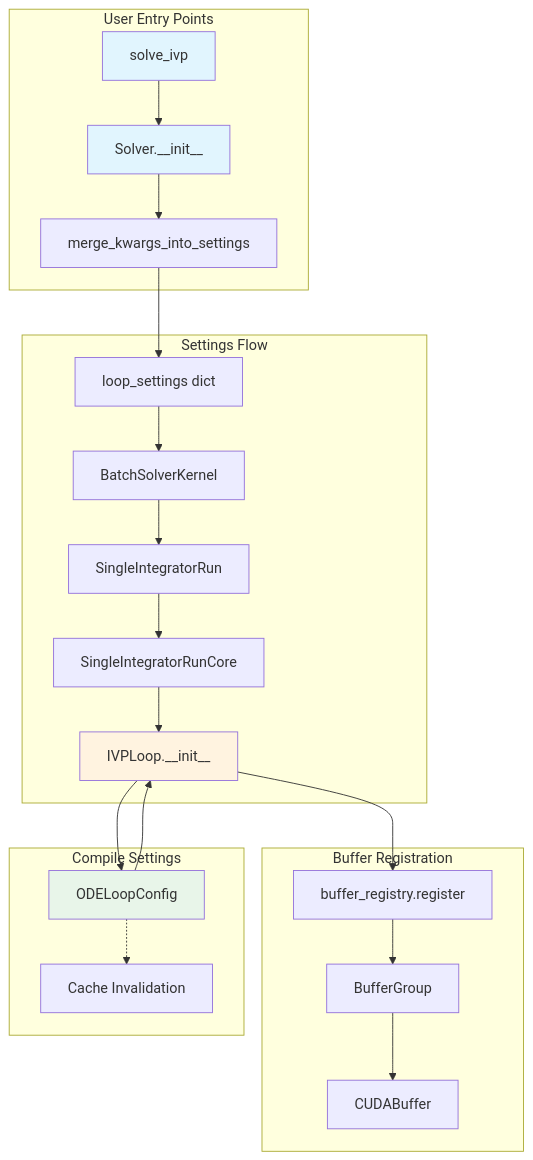
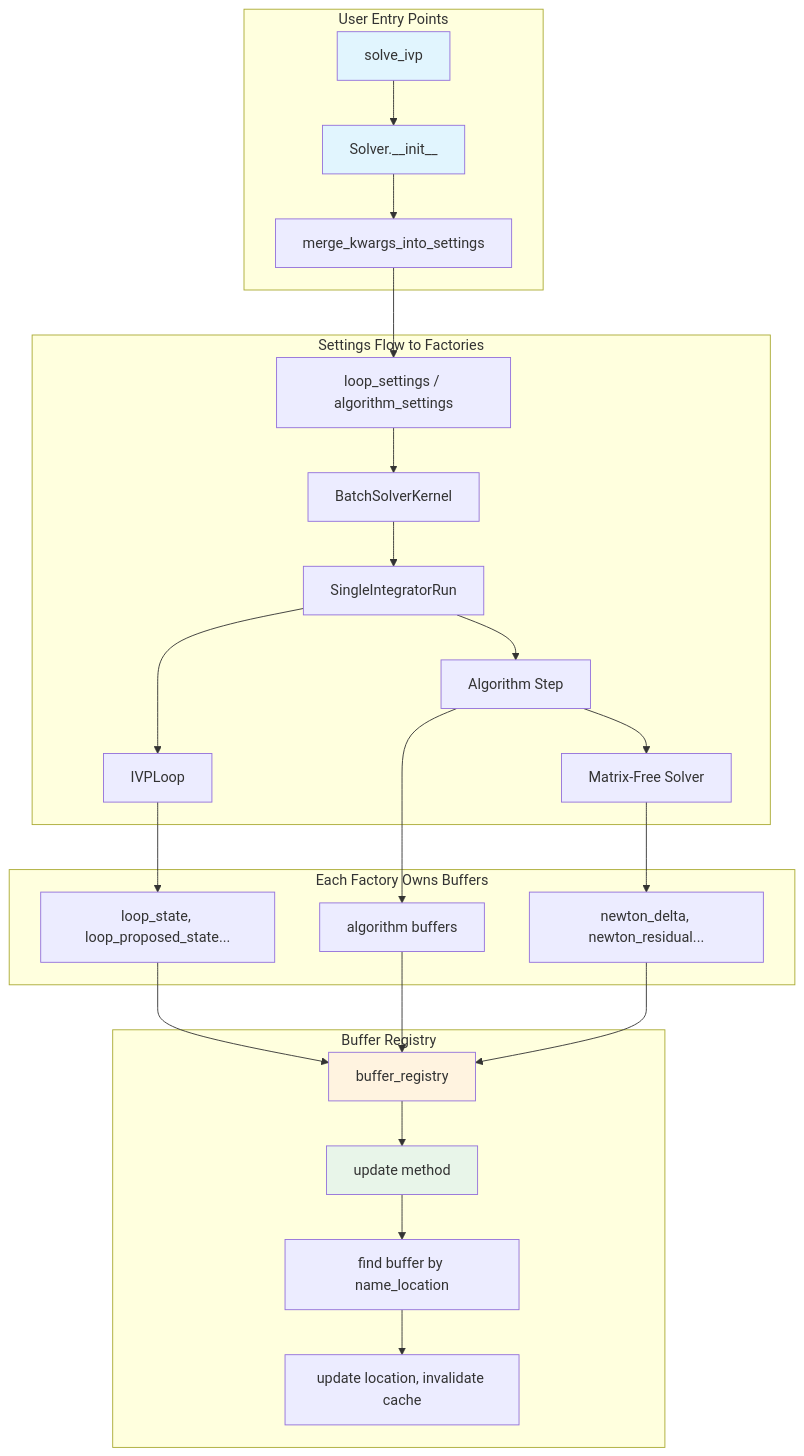
Before and after one commit to ccam80/cubie: the first of 2 diagrams in .github/active_plans/buffer_settings_plumbing/human_overview.md, drawn with Mermaid. The commit also changed other lines of this file and 2 other files, not shown here.

Commit message:
docs: update buffer settings plumbing plans with expanded scope for all CUDAFactory subclasses

````diff
--- a/.github/active_plans/buffer_settings_plumbing/human_overview.md
+++ b/.github/active_plans/buffer_settings_plumbing/human_overview.md
@@ -61,32 +78,36 @@
 ```mermaid
 flowchart TD
     subgraph "User Entry Points"
         A[solve_ivp] --> B[Solver.__init__]
         B --> C[merge_kwargs_into_settings]
     end
     
-    subgraph "Settings Flow"
-        C --> D[loop_settings dict]
+    subgraph "Settings Flow to Factories"
+        C --> D[loop_settings / algorithm_settings]
         D --> E[BatchSolverKernel]
         E --> F[SingleIntegratorRun]
-        F --> G[SingleIntegratorRunCore]
-        G --> H[IVPLoop.__init__]
+        F --> G[IVPLoop]
+        F --> H[Algorithm Step]
+        H --> I[Matrix-Free Solver]
     end
     
-    subgraph "Buffer Registration"
-        H --> I[buffer_registry.register]
-        I --> J[BufferGroup]
-        J --> K[CUDABuffer]
+    subgraph "Each Factory Owns Buffers"
+        G --> G1[loop_state, loop_proposed_state...]
+        H --> H1[algorithm buffers]
+        I --> I1[newton_delta, newton_residual...]
     end
     
-    subgraph "Compile Settings"
-        L[ODELoopConfig] --> H
-        H --> L
-        L -.-> M[Cache Invalidation]
+    subgraph "Buffer Registry"
+        G1 --> R[buffer_registry]
+        H1 --> R
+        I1 --> R
+        R --> R1[update method]
+        R1 --> R2[find buffer by name_location]
+        R2 --> R3[update location, invalidate cache]
     end
     
     style A fill:#e1f5fe
     style B fill:#e1f5fe
-    style H fill:#fff3e0
-    style L fill:#e8f5e9
+    style R fill:#fff3e0
+    style R1 fill:#e8f5e9
 ```
````
